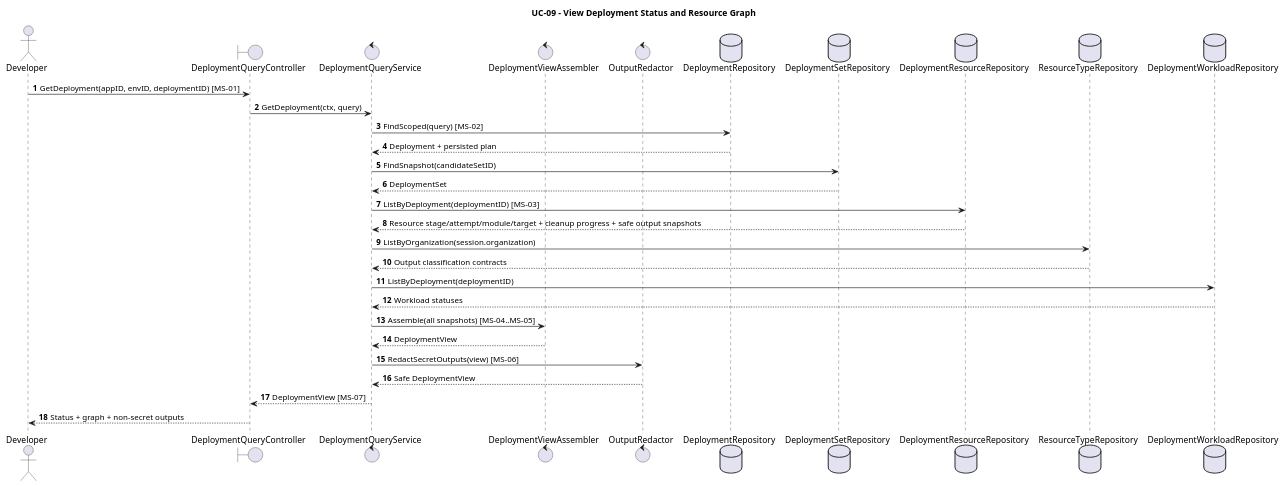
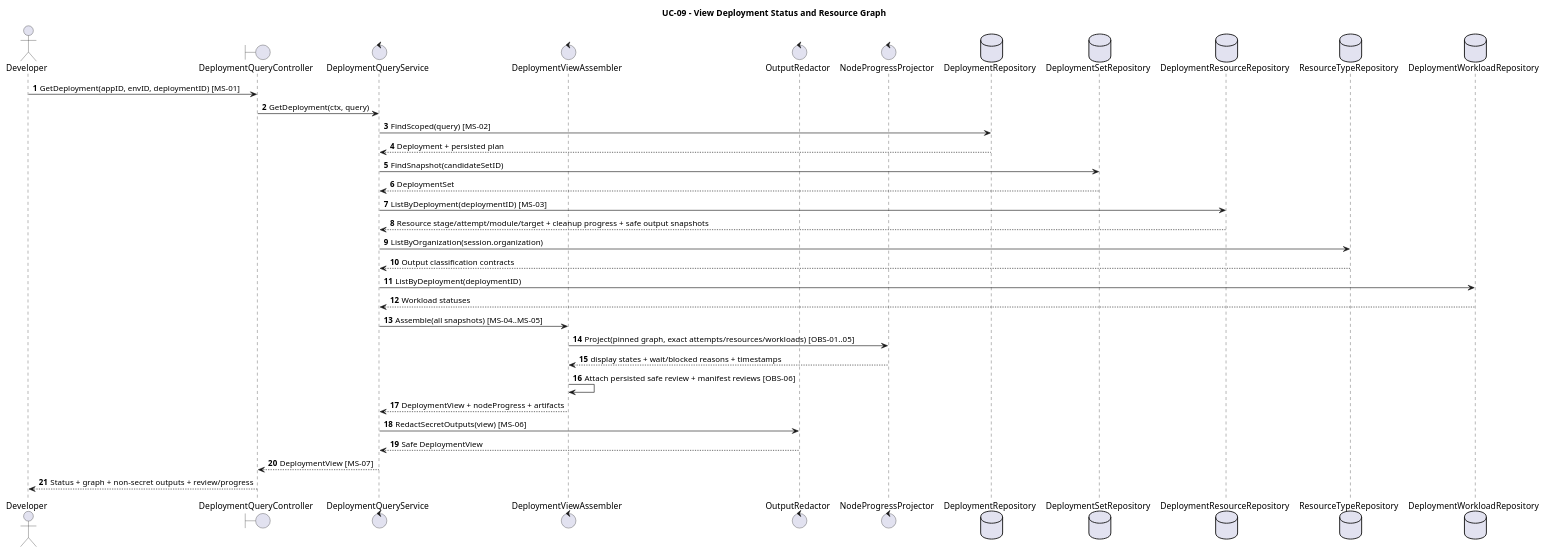
The diagram in orchestrator_docs/usecase/UC-09/sequence.puml (pr3s3nt/poc), drawn with PlantUML before and after one commit. The commit also changed 56 other files, not shown here.

Commit message:
docs: specify visual deployment review artifacts and resource progress

```diff
--- a/orchestrator_docs/usecase/UC-09/sequence.puml
+++ b/orchestrator_docs/usecase/UC-09/sequence.puml
@@ -1,33 +1,37 @@
 @startuml
 title UC-09 - View Deployment Status and Resource Graph
 autonumber
 actor Developer
 boundary DeploymentQueryController as API
 control DeploymentQueryService as Service
 control DeploymentViewAssembler as Assembler
 control OutputRedactor as Redactor
+control NodeProgressProjector as Progress
 database DeploymentRepository as DeploymentRepo
 database DeploymentSetRepository as SetRepo
 database DeploymentResourceRepository as DeploymentResourceRepo
 database ResourceTypeRepository as TypeRepo
 database DeploymentWorkloadRepository as WorkloadRepo
 
 Developer -> API: GetDeployment(appID, envID, deploymentID) [MS-01]
 API -> Service: GetDeployment(ctx, query)
 Service -> DeploymentRepo: FindScoped(query) [MS-02]
 DeploymentRepo --> Service: Deployment + persisted plan
 Service -> SetRepo: FindSnapshot(candidateSetID)
 SetRepo --> Service: DeploymentSet
 Service -> DeploymentResourceRepo: ListByDeployment(deploymentID) [MS-03]
 DeploymentResourceRepo --> Service: Resource stage/attempt/module/target + cleanup progress + safe output snapshots
 Service -> TypeRepo: ListByOrganization(session.organization)
 TypeRepo --> Service: Output classification contracts
 Service -> WorkloadRepo: ListByDeployment(deploymentID)
 WorkloadRepo --> Service: Workload statuses
 Service -> Assembler: Assemble(all snapshots) [MS-04..MS-05]
-Assembler --> Service: DeploymentView
+Assembler -> Progress: Project(pinned graph, exact attempts/resources/workloads) [OBS-01..05]
+Progress --> Assembler: display states + wait/blocked reasons + timestamps
+Assembler -> Assembler: Attach persisted safe review + manifest reviews [OBS-06]
+Assembler --> Service: DeploymentView + nodeProgress + artifacts
 Service -> Redactor: RedactSecretOutputs(view) [MS-06]
 Redactor --> Service: Safe DeploymentView
 Service --> API: DeploymentView [MS-07]
-API --> Developer: Status + graph + non-secret outputs
+API --> Developer: Status + graph + non-secret outputs + review/progress
 @enduml
```
